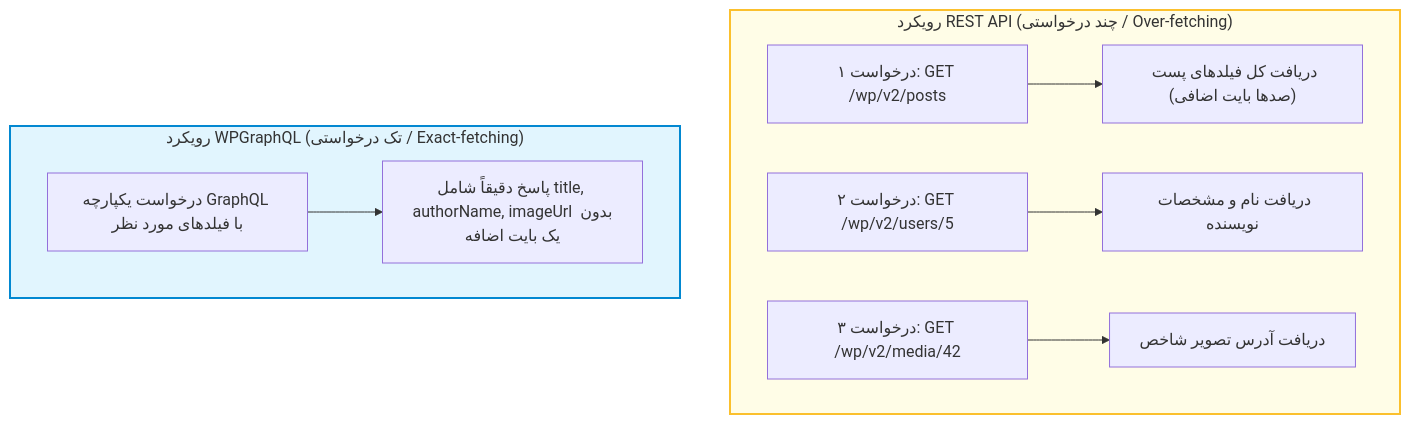
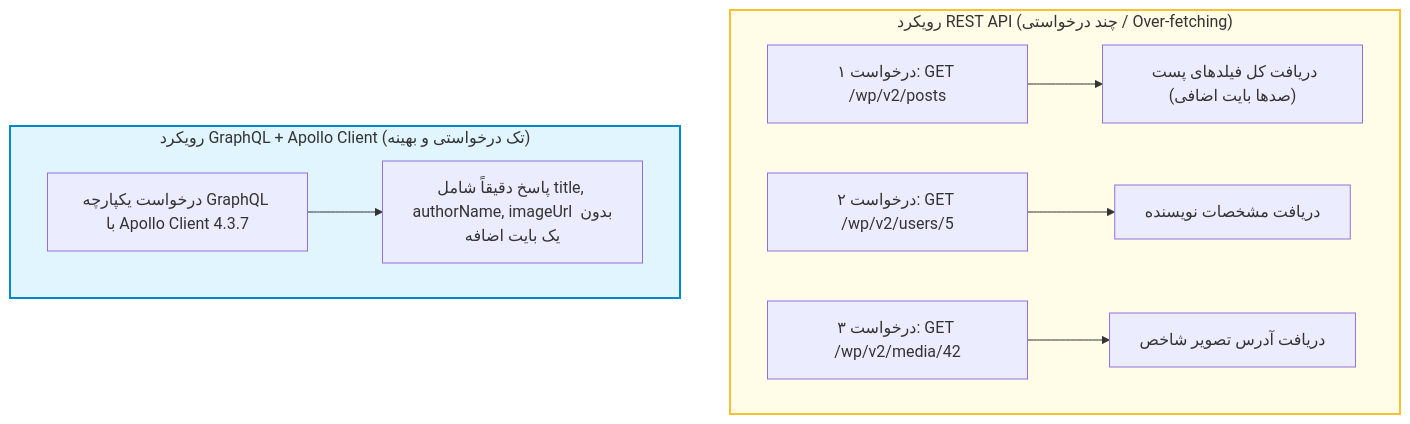
One commit to herehossein/headlessWP-nextJS changed the third of 3 diagrams in book/01-architecture-and-comparison.md. Above: the diagram before and after it, drawn with Mermaid. The commit also changed other lines of this file and 4 other files, not shown here.

````diff
--- a/book/01-architecture-and-comparison.md
+++ b/book/01-architecture-and-comparison.md
@@ -116,15 +100,15 @@
 ```mermaid
 flowchart TD
     subgraph REST_Approach["رویکرد REST API (چند درخواستی / Over-fetching)"]
         R_Req1["درخواست ۱: GET /wp/v2/posts"] --> R_Res1["دریافت کل فیلدهای پست (صدها بایت اضافی)"]
-        R_Req2["درخواست ۲: GET /wp/v2/users/5"] --> R_Res2["دریافت نام و مشخصات نویسنده"]
+        R_Req2["درخواست ۲: GET /wp/v2/users/5"] --> R_Res2["دریافت مشخصات نویسنده"]
         R_Req3["درخواست ۳: GET /wp/v2/media/42"] --> R_Res3["دریافت آدرس تصویر شاخص"]
     end
 
-    subgraph GraphQL_Approach["رویکرد WPGraphQL (تک درخواستی / Exact-fetching)"]
-        G_Req["درخواست یکپارچه GraphQL با فیلدهای مورد نظر"] --> G_Res["پاسخ دقیقاً شامل title, authorName, imageUrl بدون یک بایت اضافه"]
+    subgraph GraphQL_Approach["رویکرد GraphQL + Apollo Client (تک درخواستی و بهینه)"]
+        G_Req["درخواست یکپارچه GraphQL با Apollo Client 4.3.7"] --> G_Res["پاسخ دقیقاً شامل title, authorName, imageUrl بدون یک بایت اضافه"]
     end
 
     style REST_Approach fill:#fffde7,stroke:#fbc02d,stroke-width:2px
     style GraphQL_Approach fill:#e1f5fe,stroke:#0288d1,stroke-width:2px
 ```
````
